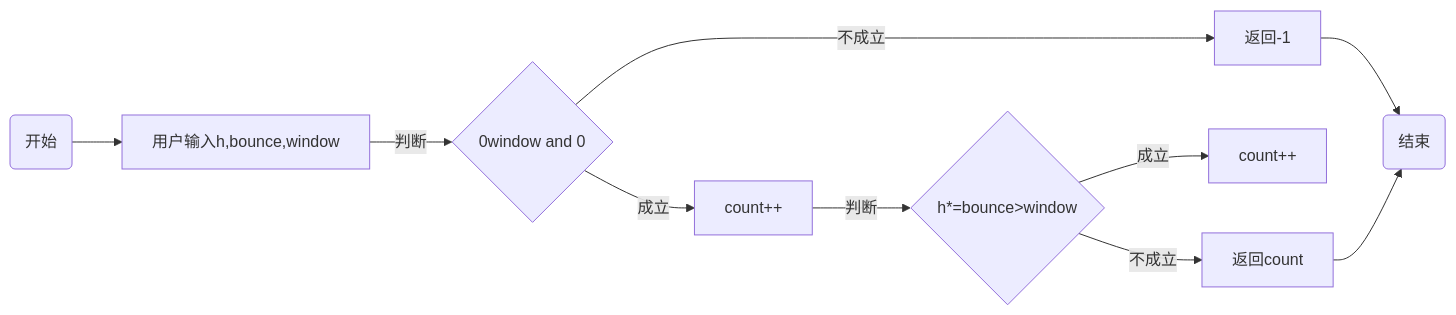
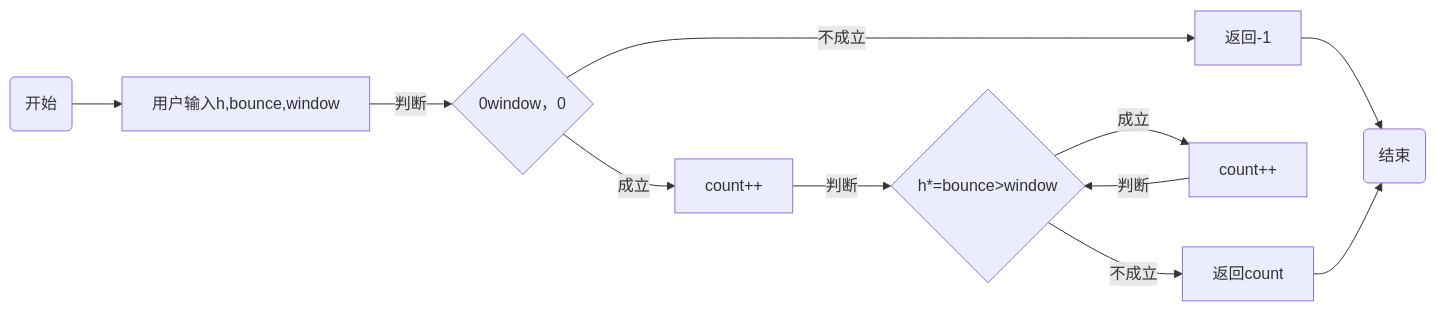
The diagram in experiment2.md (ijefie/gittt), drawn with Mermaid before and after one commit.

````diff
--- a/experiment2.md
+++ b/experiment2.md
@@ -82,13 +82,14 @@
 ```mermaid
 flowchart  LR
 Start(开始) --> Scanf[用户输入h,bounce,window]
-    Scanf --> |判断|If{0<h and h>window and 0<bounce<1}
+    Scanf --> |判断|If{0<h，h>window，0<bounce<1}
 If --> |不成立|ou[返回-1]
 If --> |成立|ji[count++]
     ou --> End(结束)
     ji --> |判断|if{h*=bounce>window}
 if --> |成立|k[count++]
+k --> |判断|if{h*=bounce>window}
 if --> |不成立|h[返回count]
 h --> End(结束)
 
 ```
````
